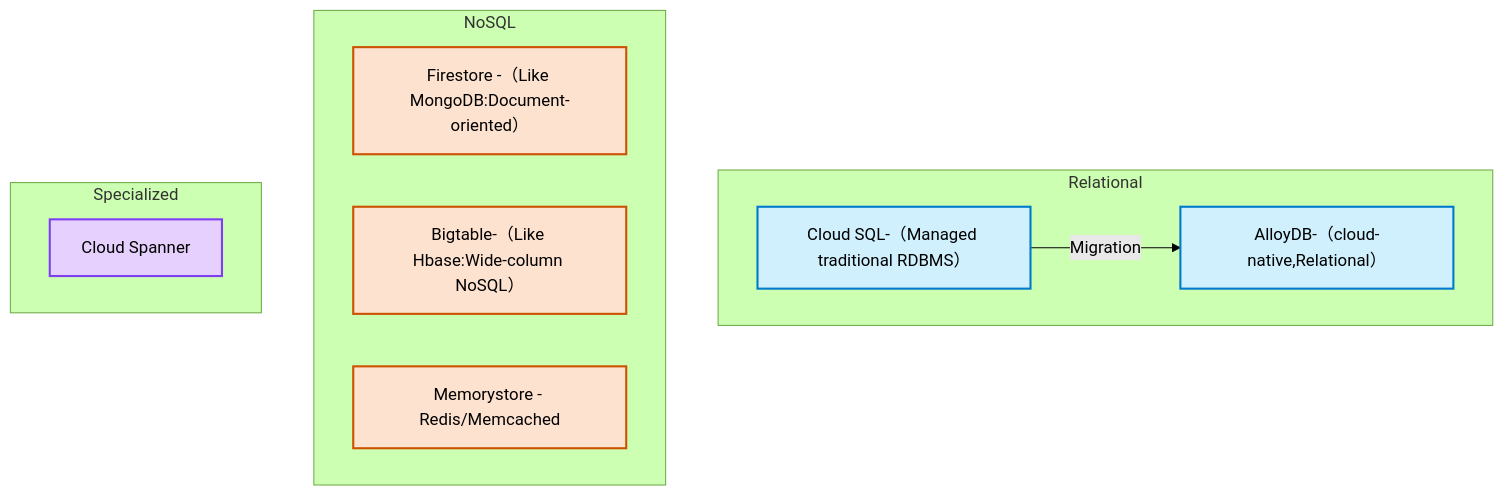
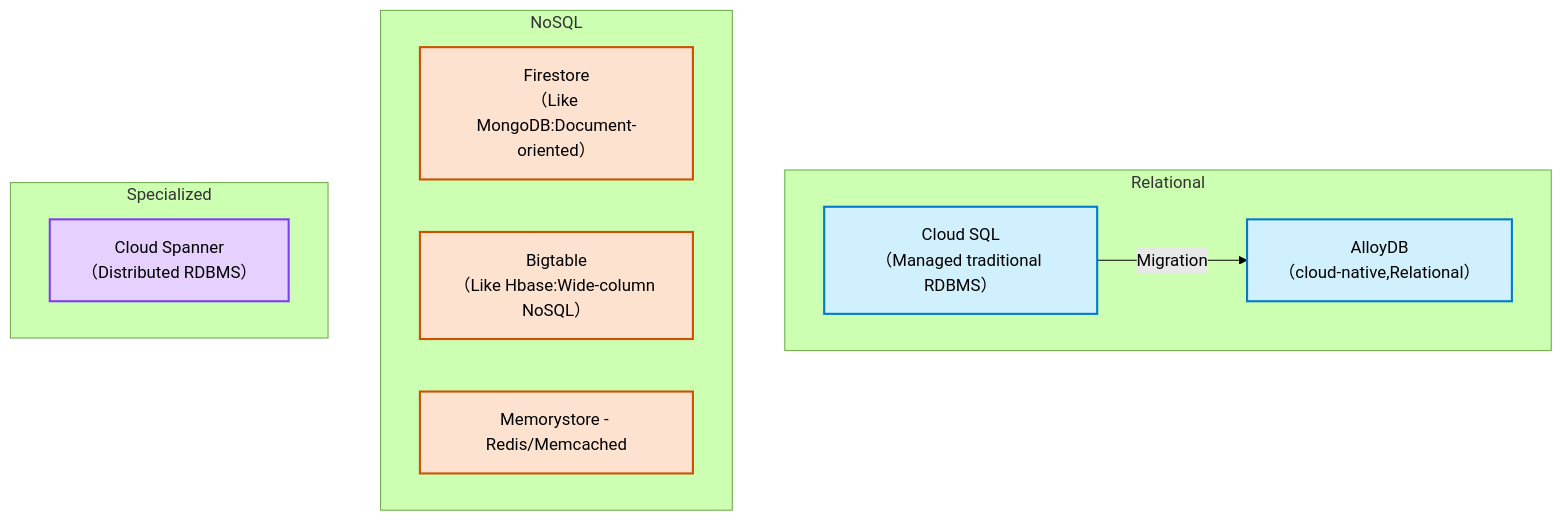
Before and after one commit to blaire101/DE2-AWS-Azure-GCP-2025: the third of 4 diagrams in Cloud3-GCP-Notes.md, drawn with Mermaid (forest theme).

````diff
--- a/Cloud3-GCP-Notes.md
+++ b/Cloud3-GCP-Notes.md
@@ -245,31 +245,31 @@
 ```mermaid
 flowchart TB
-    CloudSQL[Cloud SQL-（Managed traditional RDBMS）]:::relational
-    AlloyDB[AlloyDB-（cloud-native,Relational）]:::relational
-    Firestore[Firestore -（Like MongoDB:Document-oriented）]:::nosql
-    Bigtable[Bigtable-（Like Hbase:Wide-column NoSQL）]:::nosql
-    Spanner[Cloud Spanner]:::special
+    CloudSQL[Cloud SQL<br>（Managed traditional RDBMS）]:::relational
+    AlloyDB[AlloyDB<br>（cloud-native,Relational）]:::relational
+    Firestore[Firestore<br>（Like MongoDB:Document-oriented）]:::nosql
+    Bigtable[Bigtable<br>（Like Hbase:Wide-column NoSQL）]:::nosql
+    Spanner[Cloud Spanner<br>（Distributed RDBMS）]:::special
     Memorystore[Memorystore - Redis/Memcached]:::nosql
 
     subgraph Relational
         CloudSQL
         AlloyDB
     end
 
     subgraph NoSQL
         Firestore
         Bigtable
         Memorystore
     end
 
     subgraph Specialized
         Spanner
     end
 
     CloudSQL -->|Migration| AlloyDB
 
     %% Styles
     classDef relational fill:#d0f0fd,stroke:#007acc,stroke-width:2px;
     classDef nosql fill:#fde2d0,stroke:#cc5200,stroke-width:2px;
     classDef special fill:#e6d0fd,stroke:#7e3ff2,stroke-width:2px;
 ```
````
